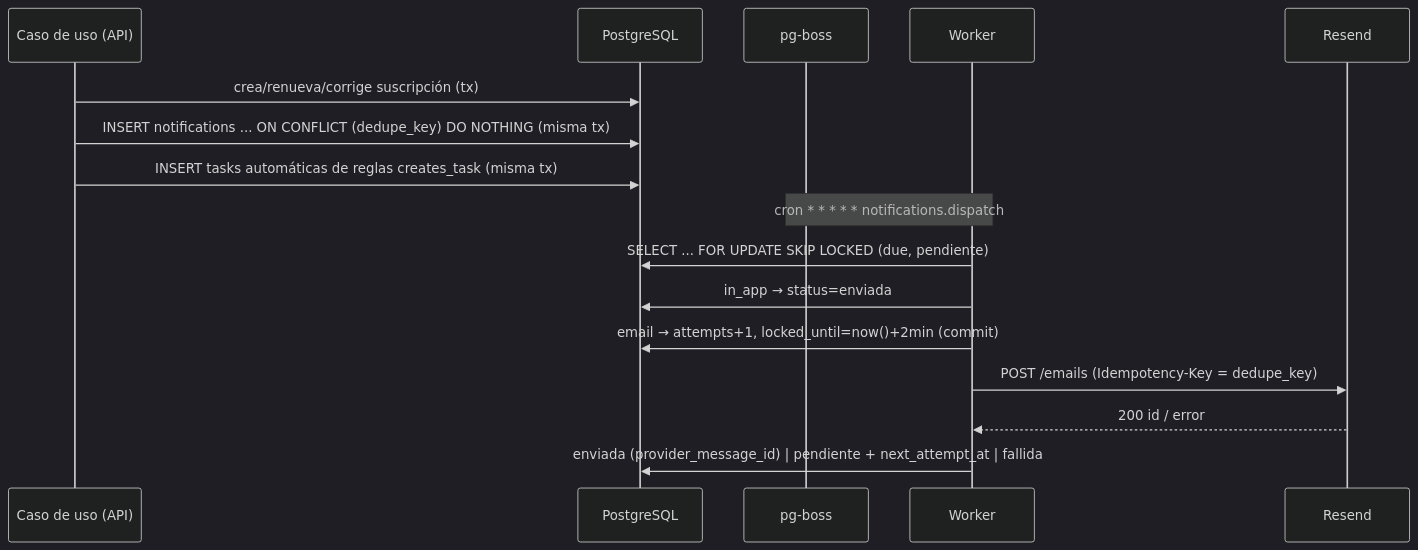
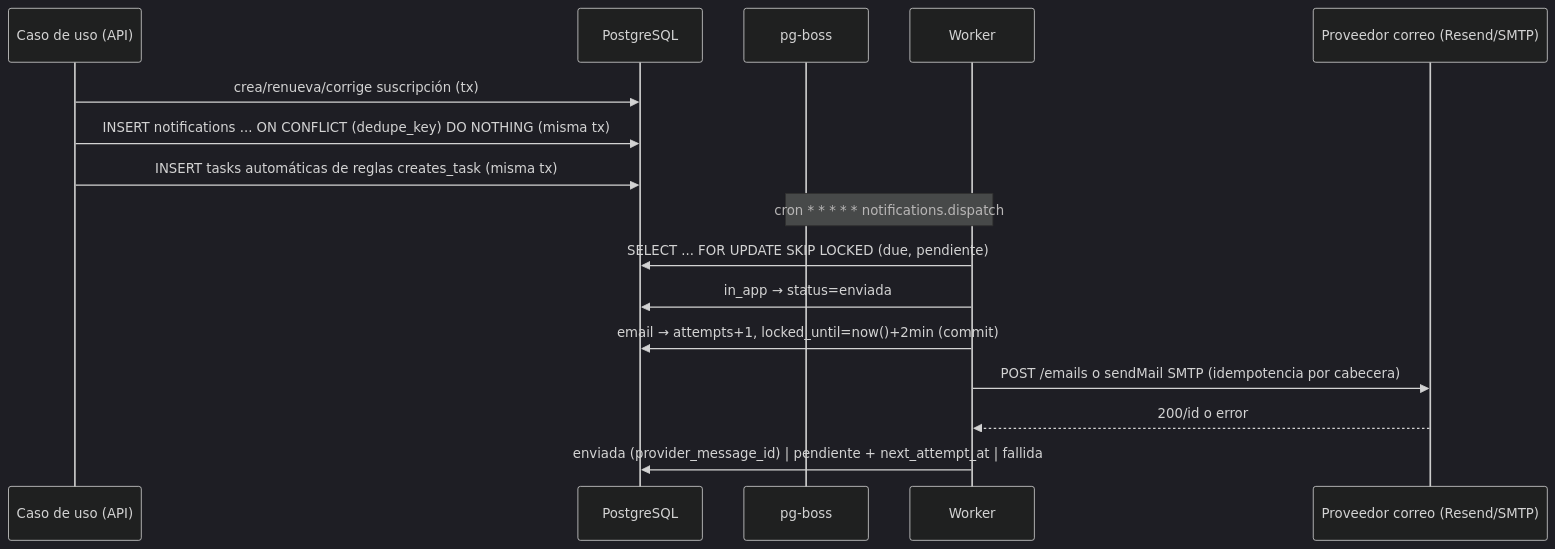
One commit to DeibyRamirez/Gestion_Fabsoft changed the first of 2 diagrams in docs/notifications.md. Above: the diagram before and after it, drawn with Mermaid (dark theme). The commit also changed other lines of this file and 23 other files, not shown here.

First line of the commit message:
feat(email): soportar Resend y SMTP con configuracion por entorno

````diff
--- a/docs/notifications.md
+++ b/docs/notifications.md
@@ -30,18 +30,18 @@
 ```mermaid
 sequenceDiagram
   participant UC as Caso de uso (API)
   participant DB as PostgreSQL
   participant Q as pg-boss
   participant W as Worker
-  participant R as Resend
+  participant R as Proveedor correo (Resend/SMTP)
   UC->>DB: crea/renueva/corrige suscripción (tx)
   UC->>DB: INSERT notifications ... ON CONFLICT (dedupe_key) DO NOTHING (misma tx)
   UC->>DB: INSERT tasks automáticas de reglas creates_task (misma tx)
   Note over Q,W: cron * * * * * notifications.dispatch
   W->>DB: SELECT ... FOR UPDATE SKIP LOCKED (due, pendiente)
   W->>DB: in_app → status=enviada
   W->>DB: email → attempts+1, locked_until=now()+2min (commit)
-  W->>R: POST /emails (Idempotency-Key = dedupe_key)
-  R-->>W: 200 id / error
+  W->>R: POST /emails o sendMail SMTP (idempotencia por cabecera)
+  R-->>W: 200/id o error
   W->>DB: enviada (provider_message_id) | pendiente + next_attempt_at | fallida
 ```
````
